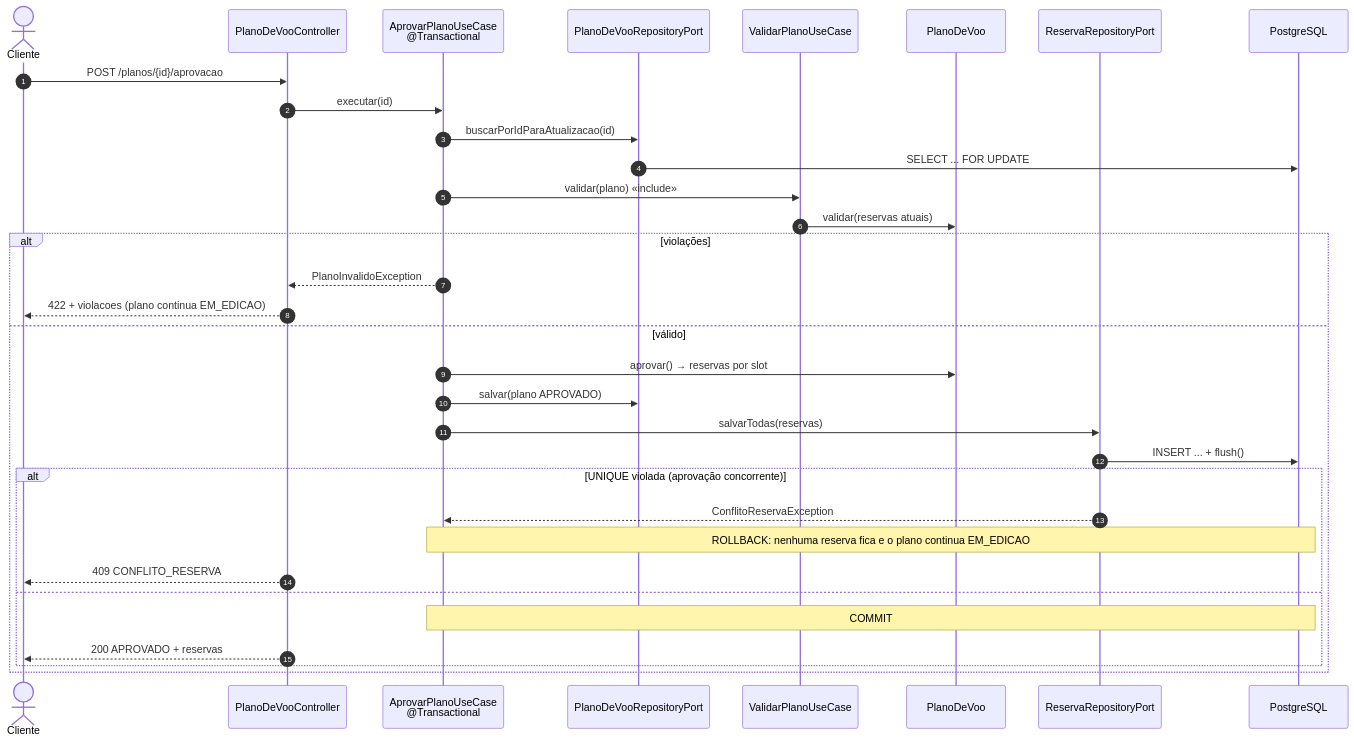
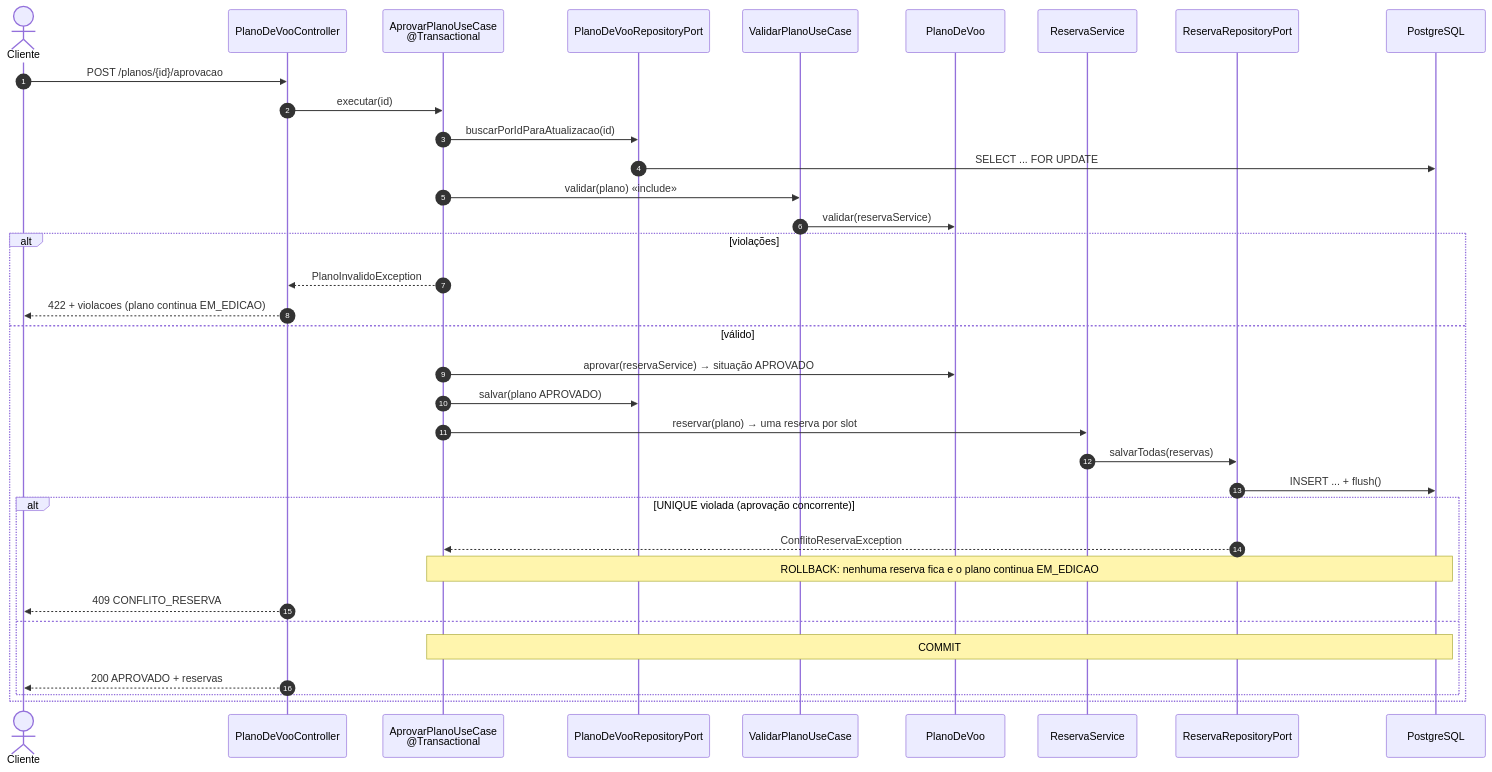
The fourth of 4 diagrams in docs/c4.md (acpurper/PlanosDeVoo), drawn with Mermaid before and after one commit. The commit also changed other lines of this file and 17 other files, not shown here.

````diff
--- a/docs/c4.md
+++ b/docs/c4.md
@@ -175,36 +178,38 @@
 ```mermaid
 sequenceDiagram
     autonumber
     actor C as Cliente
     participant Ctl as PlanoDeVooController
     participant Ap as AprovarPlanoUseCase<br/>@Transactional
     participant Pp as PlanoDeVooRepositoryPort
     participant V as ValidarPlanoUseCase
     participant P as PlanoDeVoo
+    participant Rs as ReservaService
     participant Rp as ReservaRepositoryPort
     participant DB as PostgreSQL
 
     C->>Ctl: POST /planos/{id}/aprovacao
     Ctl->>Ap: executar(id)
     Ap->>Pp: buscarPorIdParaAtualizacao(id)
     Pp->>DB: SELECT ... FOR UPDATE
     Ap->>V: validar(plano) «include»
-    V->>P: validar(reservas atuais)
+    V->>P: validar(reservaService)
     alt violações
         Ap-->>Ctl: PlanoInvalidoException
         Ctl-->>C: 422 + violacoes (plano continua EM_EDICAO)
     else válido
-        Ap->>P: aprovar() → reservas por slot
+        Ap->>P: aprovar(reservaService) → situação APROVADO
         Ap->>Pp: salvar(plano APROVADO)
-        Ap->>Rp: salvarTodas(reservas)
+        Ap->>Rs: reservar(plano) → uma reserva por slot
+        Rs->>Rp: salvarTodas(reservas)
         Rp->>DB: INSERT ... + flush()
         alt UNIQUE violada (aprovação concorrente)
             Rp-->>Ap: ConflitoReservaException
             Note over Ap,DB: ROLLBACK: nenhuma reserva fica e o plano continua EM_EDICAO
             Ctl-->>C: 409 CONFLITO_RESERVA
         else
             Note over Ap,DB: COMMIT
             Ctl-->>C: 200 APROVADO + reservas
         end
     end
 ```
````
